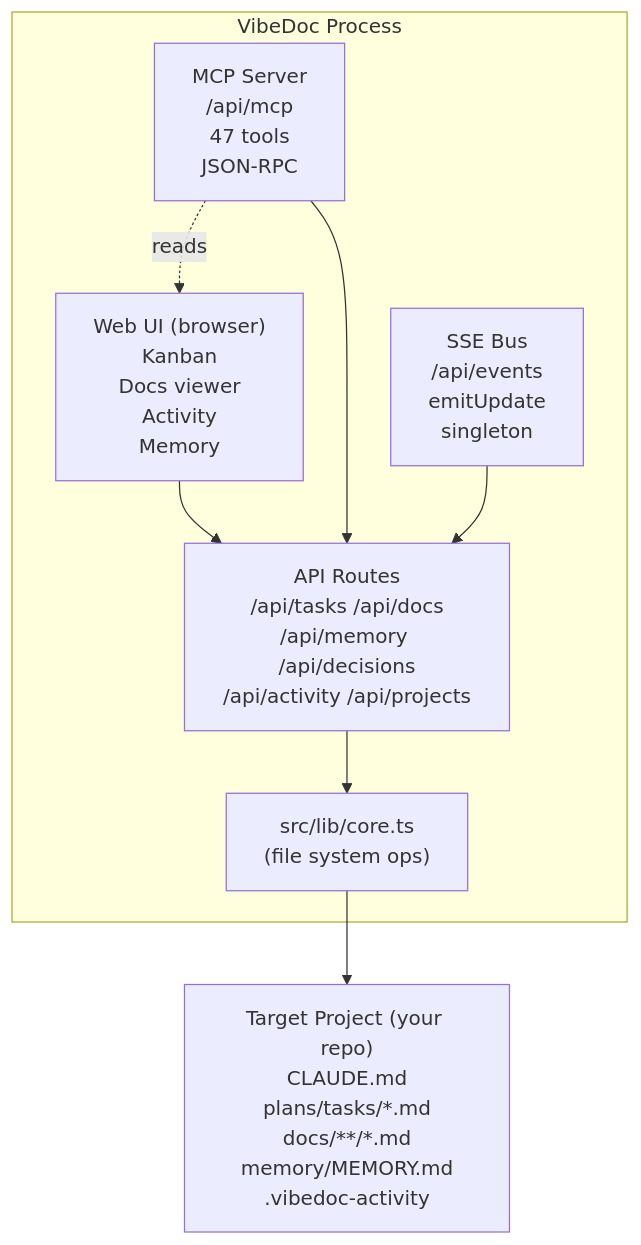
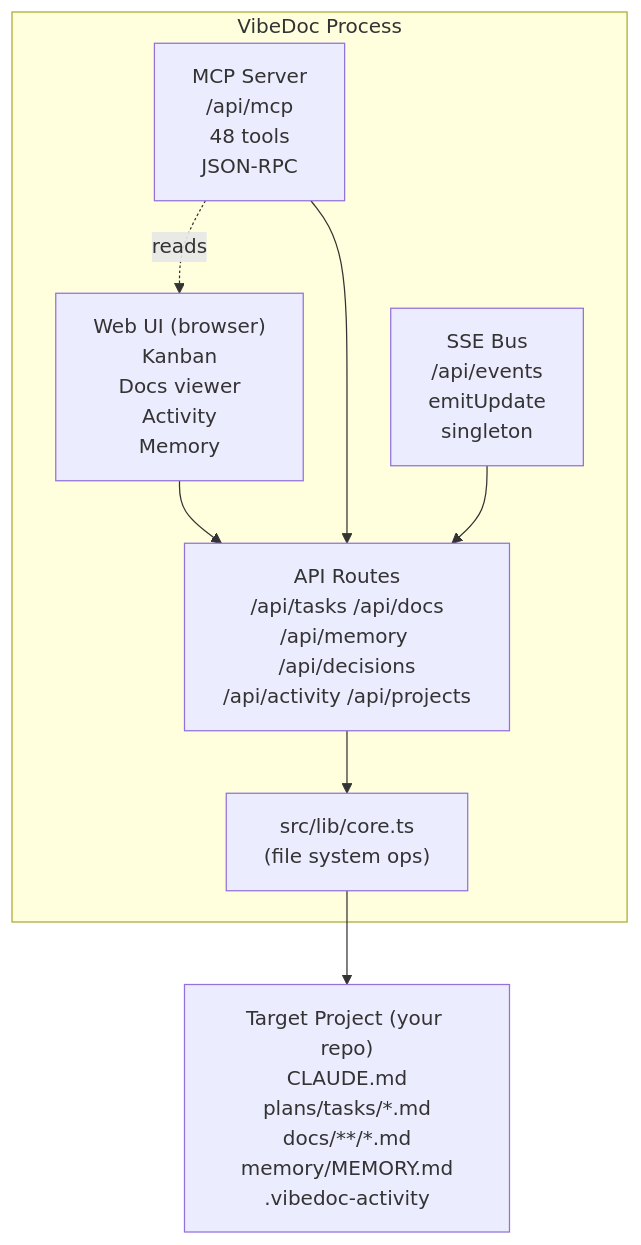
One commit to quanghoangf/vibedoc changed the diagram in docs/architecture/01-overview/DOMAIN_MAP.md. Above: the diagram before and after it, drawn with Mermaid. The commit also changed 20 other files, not shown here.

````diff
--- a/docs/architecture/01-overview/DOMAIN_MAP.md
+++ b/docs/architecture/01-overview/DOMAIN_MAP.md
@@ -6,22 +6,22 @@
 ```mermaid
 graph TB
     subgraph VibeDoc["VibeDoc Process"]
         WebUI["Web UI (browser)<br/>Kanban<br/>Docs viewer<br/>Activity<br/>Memory"]
-        MCP["MCP Server<br/>/api/mcp<br/>47 tools<br/>JSON-RPC"]
+        MCP["MCP Server<br/>/api/mcp<br/>48 tools<br/>JSON-RPC"]
         SSE["SSE Bus<br/>/api/events<br/>emitUpdate<br/>singleton"]
 
         API["API Routes<br/>/api/tasks /api/docs<br/>/api/memory /api/decisions<br/>/api/activity /api/projects"]
 
         Core["src/lib/core.ts<br/>(file system ops)"]
 
         MCP -.->|reads| WebUI
         WebUI --> API
         MCP --> API
         SSE --> API
         API --> Core
     end
 
     Project["Target Project (your repo)<br/>CLAUDE.md<br/>plans/tasks/*.md<br/>docs/**/*.md<br/>memory/MEMORY.md<br/>.vibedoc-activity"]
 
     Core --> Project
 ```
````
